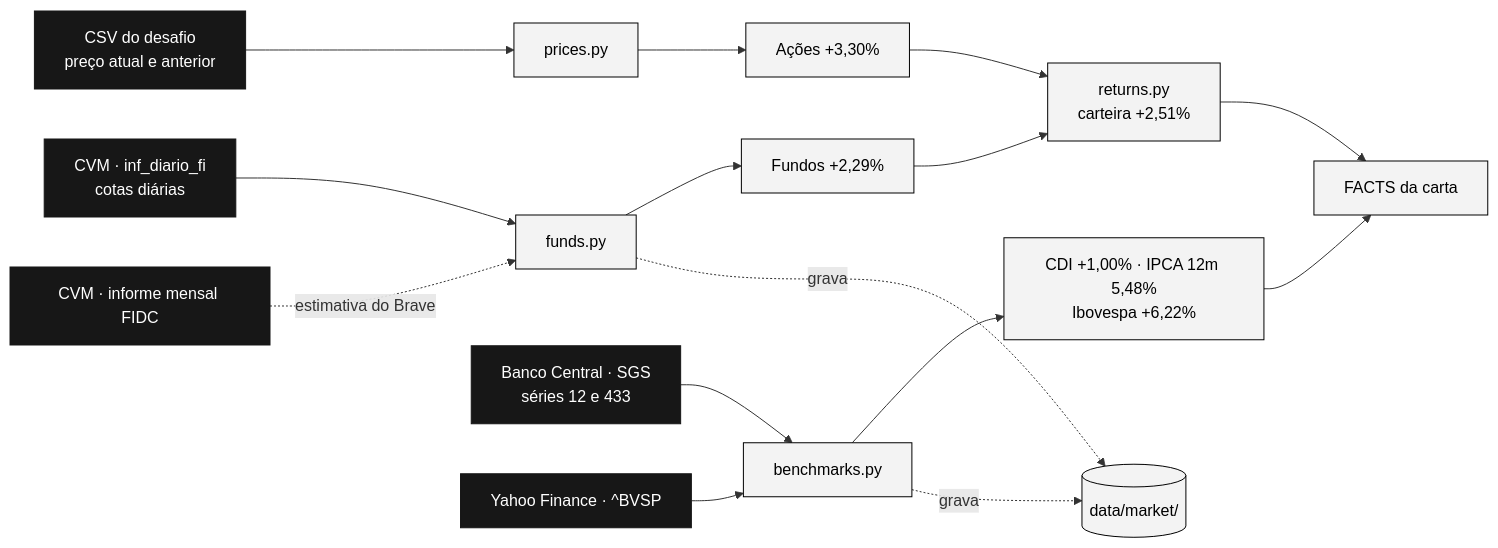
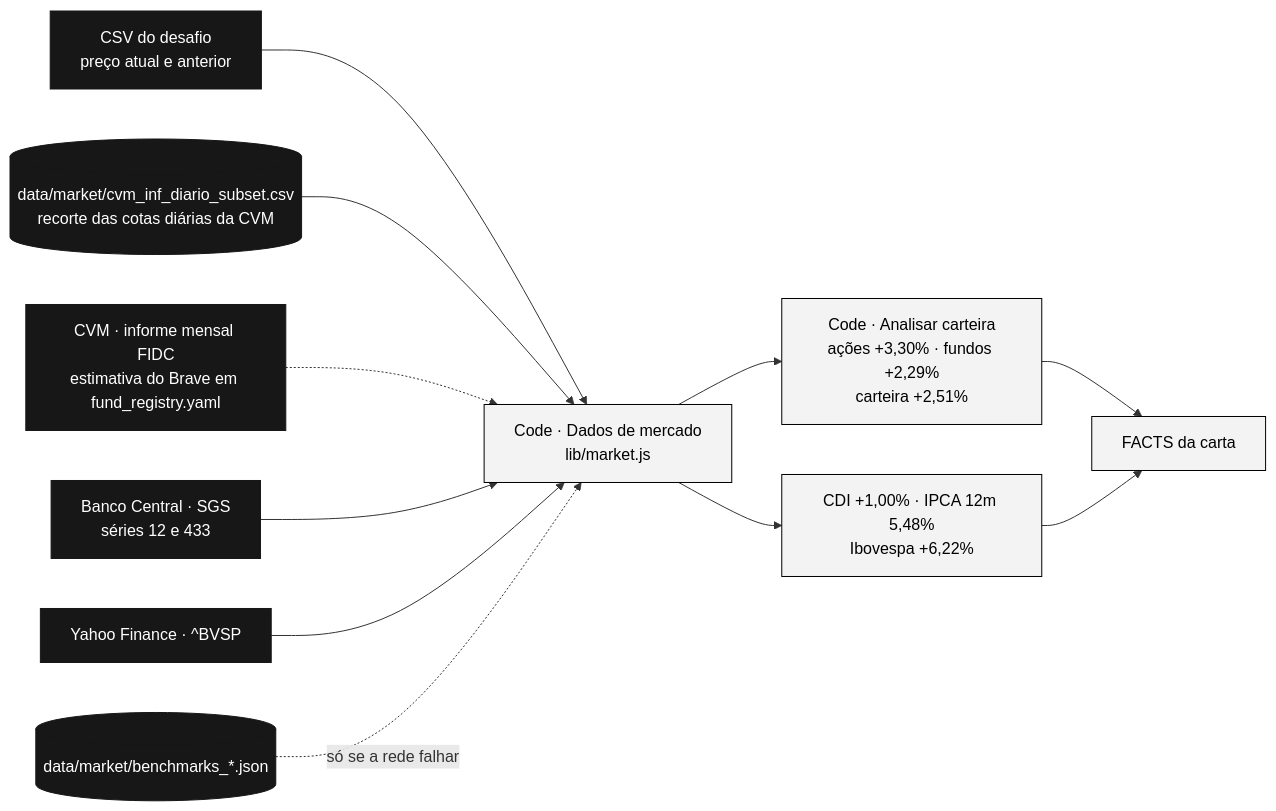
One commit to eu-adrianocarvalho/enter-challenge changed the diagram in docs/05_dados_externos.md. Above: the diagram before and after it, drawn with Mermaid. The commit also changed other lines of this file and 35 other files, not shown here.

````diff
--- a/docs/05_dados_externos.md
+++ b/docs/05_dados_externos.md
@@ -18,22 +18,17 @@
 ```mermaid
 flowchart LR
-  CSV["CSV do desafio<br/>preço atual e anterior"] --> PR["prices.py"] --> ACO["Ações +3,30%"]
-  CVM["CVM · inf_diario_fi<br/>cotas diárias"] --> FU["funds.py"] --> FUN["Fundos +2,29%"]
-  FIDC["CVM · informe mensal FIDC"] -. "estimativa do Brave" .-> FU
-  BCB["Banco Central · SGS<br/>séries 12 e 433"] --> BM["benchmarks.py"]
-  YH["Yahoo Finance · ^BVSP"] --> BM
-  BM --> BEN["CDI +1,00% · IPCA 12m 5,48%<br/>Ibovespa +6,22%"]
-  ACO --> RT["returns.py<br/>carteira +2,51%"]
-  FUN --> RT
-  RT --> FACTS["FACTS da carta"]
+  CSV["CSV do desafio<br/>preço atual e anterior"] --> MD["Code · Dados de mercado<br/>lib/market.js"]
+  CVM[("data/market/cvm_inf_diario_subset.csv<br/>recorte das cotas diárias da CVM")] --> MD
+  FIDC["CVM · informe mensal FIDC<br/>estimativa do Brave em fund_registry.yaml"] -.-> MD
+  BCB["Banco Central · SGS<br/>séries 12 e 433"] --> MD
+  YH["Yahoo Finance · ^BVSP"] --> MD
+  SNAP[("data/market/benchmarks_*.json")] -. "só se a rede falhar" .-> MD
+  MD --> AN["Code · Analisar carteira<br/>ações +3,30% · fundos +2,29%<br/>carteira +2,51%"]
+  MD --> BEN["CDI +1,00% · IPCA 12m 5,48%<br/>Ibovespa +6,22%"]
+  AN --> FACTS["FACTS da carta"]
   BEN --> FACTS
-  FU -. grava .-> CACHE[("data/market/")]
-  BM -. grava .-> CACHE
-  classDef rivet fill:#ffae35,stroke:#000,color:#000
-  classDef py fill:#f3f3f3,stroke:#000,color:#000
+  classDef code fill:#f3f3f3,stroke:#000,color:#000
   classDef io fill:#171717,stroke:#171717,color:#fff
-  classDef bad fill:#fde2e2,stroke:#d62828,color:#000
-  class CSV,CVM,FIDC,BCB,YH io
-  class PR,FU,BM,RT py
-  class ACO,FUN,BEN,FACTS,CACHE py
+  class CSV,CVM,FIDC,BCB,YH,SNAP io
+  class MD,AN,BEN,FACTS code
 ```
````
